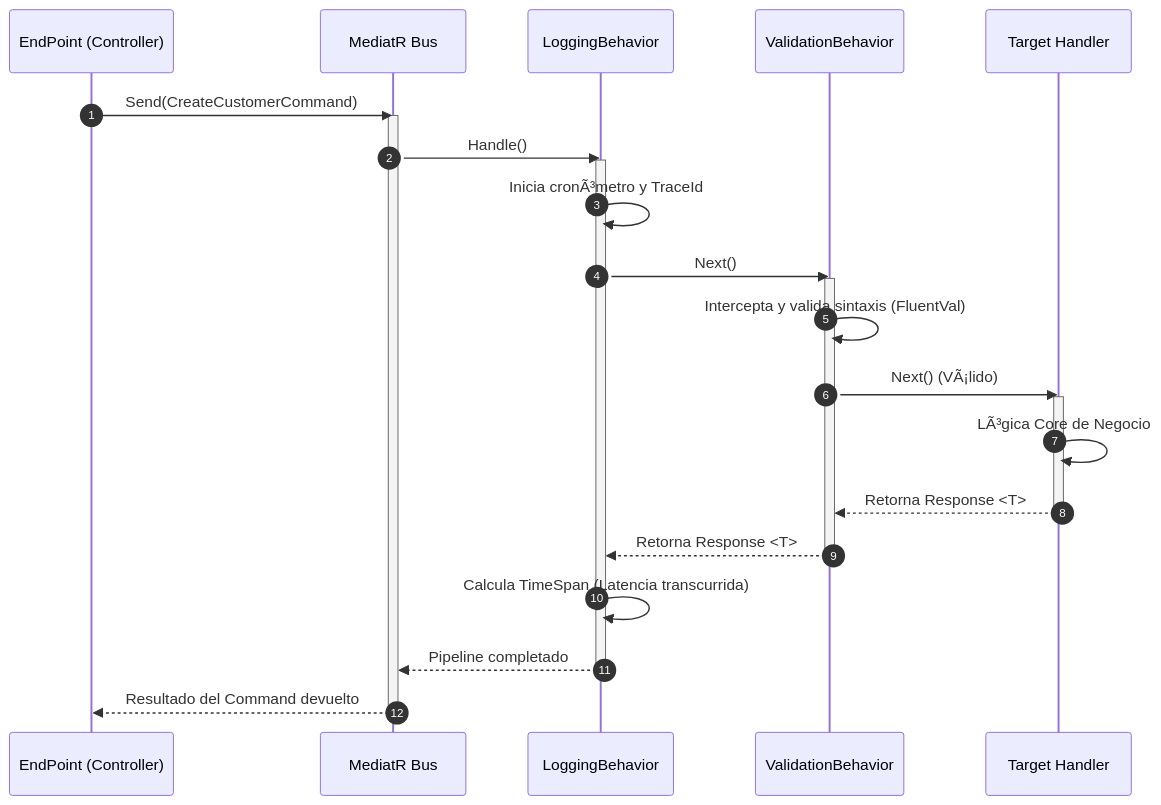
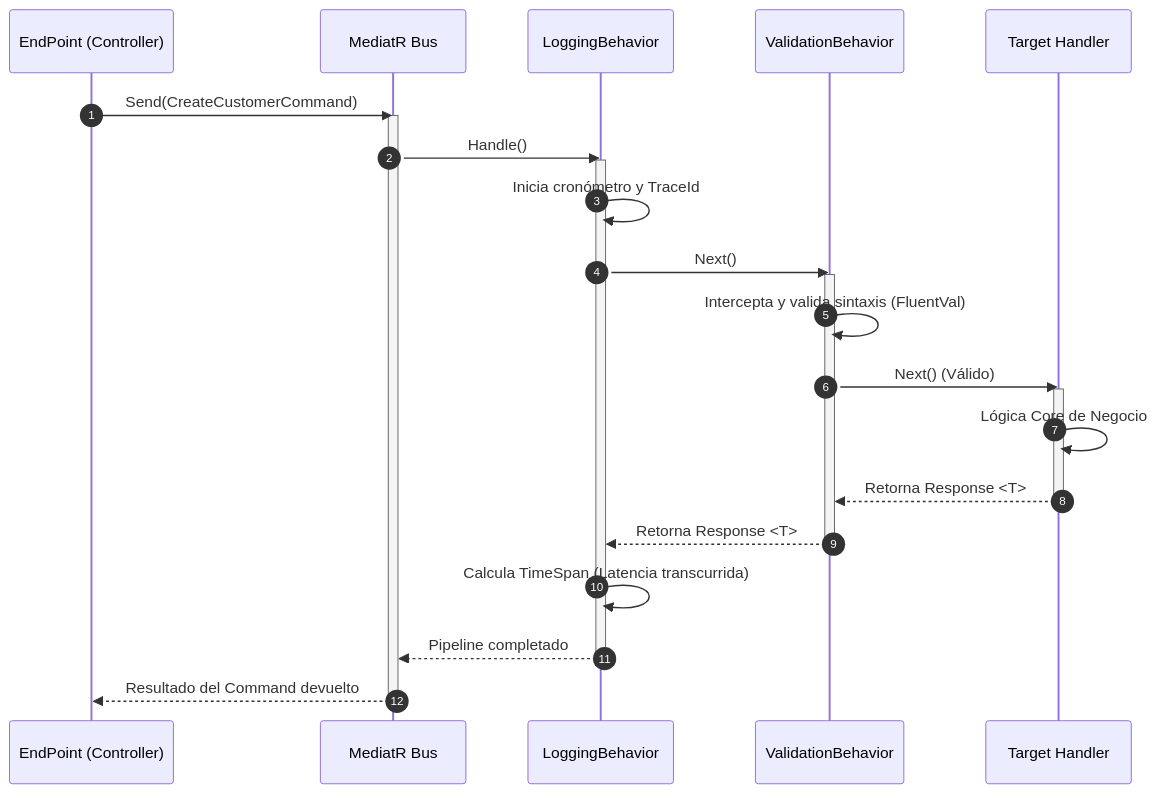
One commit to arielzamora/Architecture-Net9 changed the diagram in 06. Patterns CQRS - CQRS Mediator Pipeline/DOCUMENTO_CQRS_MEDIATOR_PIPELINE.md. Above: the diagram before and after it, drawn with Mermaid. The commit also changed other lines of this file and 29 other files, not shown here.

````diff
--- a/06. Patterns CQRS - CQRS Mediator Pipeline/DOCUMENTO_CQRS_MEDIATOR_PIPELINE.md
+++ b/06. Patterns CQRS - CQRS Mediator Pipeline/DOCUMENTO_CQRS_MEDIATOR_PIPELINE.md
@@ -38,36 +38,36 @@
 ```mermaid
 sequenceDiagram
     autonumber
     participant API as EndPoint (Controller)
     participant Bus as MediatR Bus
     participant Log as LoggingBehavior
     participant Val as ValidationBehavior
     participant Hnd as Target Handler
     
     API->>Bus: Send(CreateCustomerCommand)
     activate Bus
     
     Bus->>Log: Handle()
     activate Log
-    Log->>Log: Inicia cronÃ³metro y TraceId
+    Log->>Log: Inicia cronómetro y TraceId
     
     Log->>Val: Next()
     activate Val
     Val->>Val: Intercepta y valida sintaxis (FluentVal)
     
-    Val->>Hnd: Next() (VÃ¡lido)
+    Val->>Hnd: Next() (Válido)
     activate Hnd
-    Hnd->>Hnd: LÃ³gica Core de Negocio
+    Hnd->>Hnd: Lógica Core de Negocio
     Hnd-->>Val: Retorna Response <T>
     deactivate Hnd
     
     Val-->>Log: Retorna Response <T>
     deactivate Val
     
     Log->>Log: Calcula TimeSpan (Latencia transcurrida)
     Log-->>Bus: Pipeline completado
     deactivate Log
     
     Bus-->>API: Resultado del Command devuelto
     deactivate Bus
 ```
````
